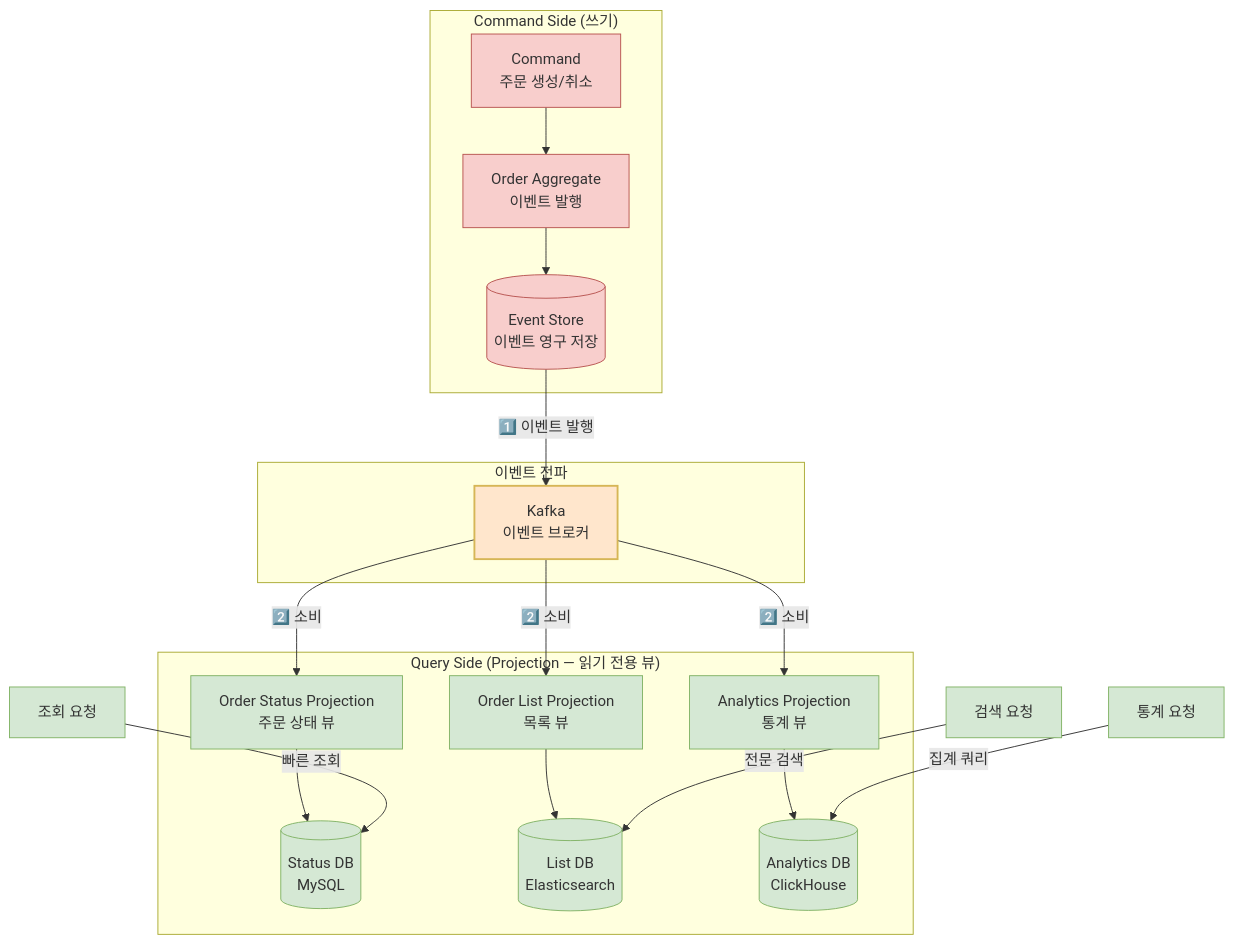
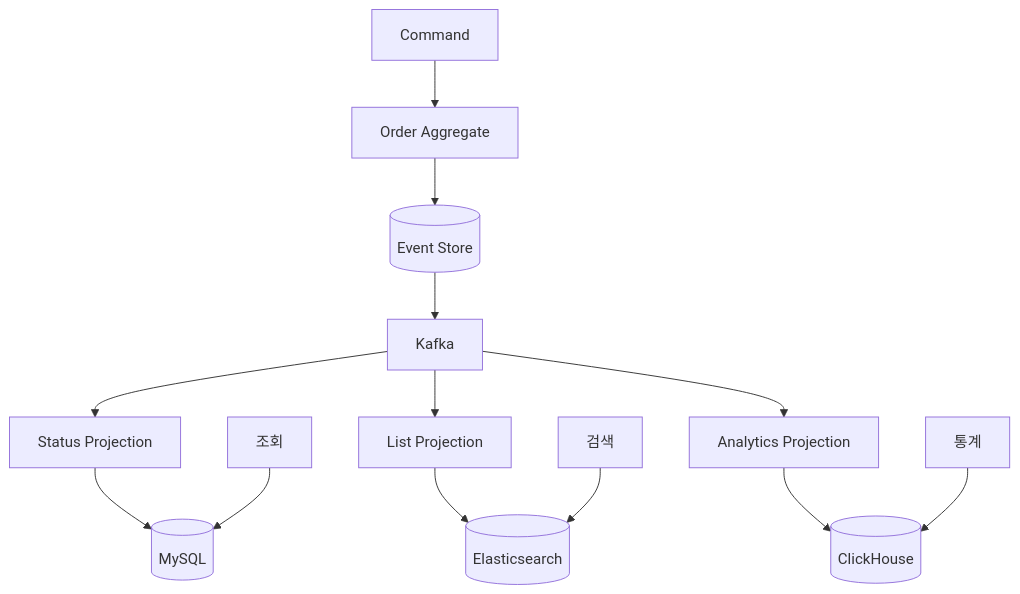
Before and after one commit to yjkim2015/yjkim2015.github.io: the fourth of 4 diagrams in _posts/architecture/2026-05-01-event-driven.md, drawn with Mermaid. The commit also changed other lines of this file and 215 other files, not shown here.

First line of the commit message:
신규 포스트 10개 추가 + Mermaid 전면 축소 + SystemDesign 시리즈 보강

````diff
--- a/_posts/architecture/2026-05-01-event-driven.md
+++ b/_posts/architecture/2026-05-01-event-driven.md
@@ -326,32 +295,11 @@
 ```mermaid
 graph TD
-    subgraph "Command Side (쓰기)"
-        CMD["Command\n주문 생성/취소"] --> AGG["Order Aggregate\n이벤트 발행"]
-        AGG --> ES[("Event Store\n이벤트 영구 저장")]
-    end
-
-    subgraph "이벤트 전파"
-        ES -->|"1️⃣ 이벤트 발행"| KB["Kafka\n이벤트 브로커"]
-    end
-
-    subgraph "Query Side (Projection — 읽기 전용 뷰)"
-        KB -->|"2️⃣ 소비"| P1["Order Status Projection\n주문 상태 뷰"]
-        KB -->|"2️⃣ 소비"| P2["Order List Projection\n목록 뷰"]
-        KB -->|"2️⃣ 소비"| P3["Analytics Projection\n통계 뷰"]
-        P1 --> DB1[("Status DB\nMySQL")]
-        P2 --> DB2[("List DB\nElasticsearch")]
-        P3 --> DB3[("Analytics DB\nClickHouse")]
-    end
-
-    Q1["조회 요청"] -->|"빠른 조회"| DB1
-    Q2["검색 요청"] -->|"전문 검색"| DB2
-    Q3["통계 요청"] -->|"집계 쿼리"| DB3
-
-    classDef command fill:#F8CECC,stroke:#B85450
-    classDef query fill:#D5E8D4,stroke:#82B366
-    classDef broker fill:#FFE6CC,stroke:#D6B656,stroke-width:2px
-
-    class CMD,AGG,ES command
-    class P1,P2,P3,DB1,DB2,DB3,Q1,Q2,Q3 query
-    class KB broker
+    CMD["Command"] --> AGG["Order Aggregate"] --> ES[("Event Store")]
+    ES --> KB["Kafka"]
+    KB --> P1["Status Projection"] --> DB1[("MySQL")]
+    KB --> P2["List Projection"] --> DB2[("Elasticsearch")]
+    KB --> P3["Analytics Projection"] --> DB3[("ClickHouse")]
+    Q1["조회"] --> DB1
+    Q2["검색"] --> DB2
+    Q3["통계"] --> DB3
 ```
````
